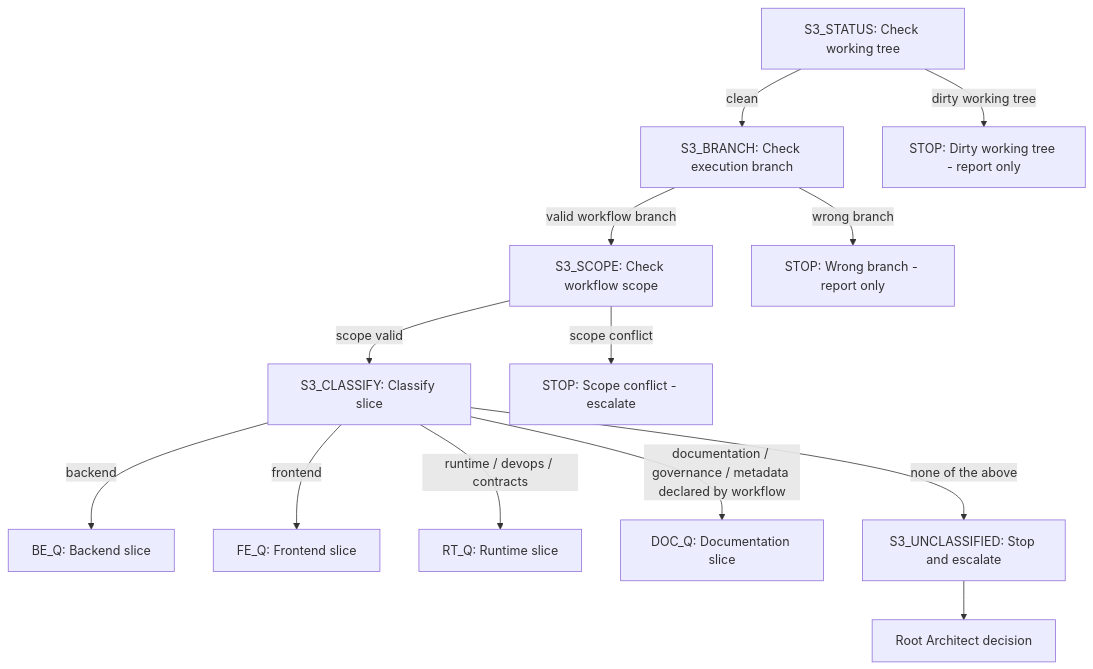
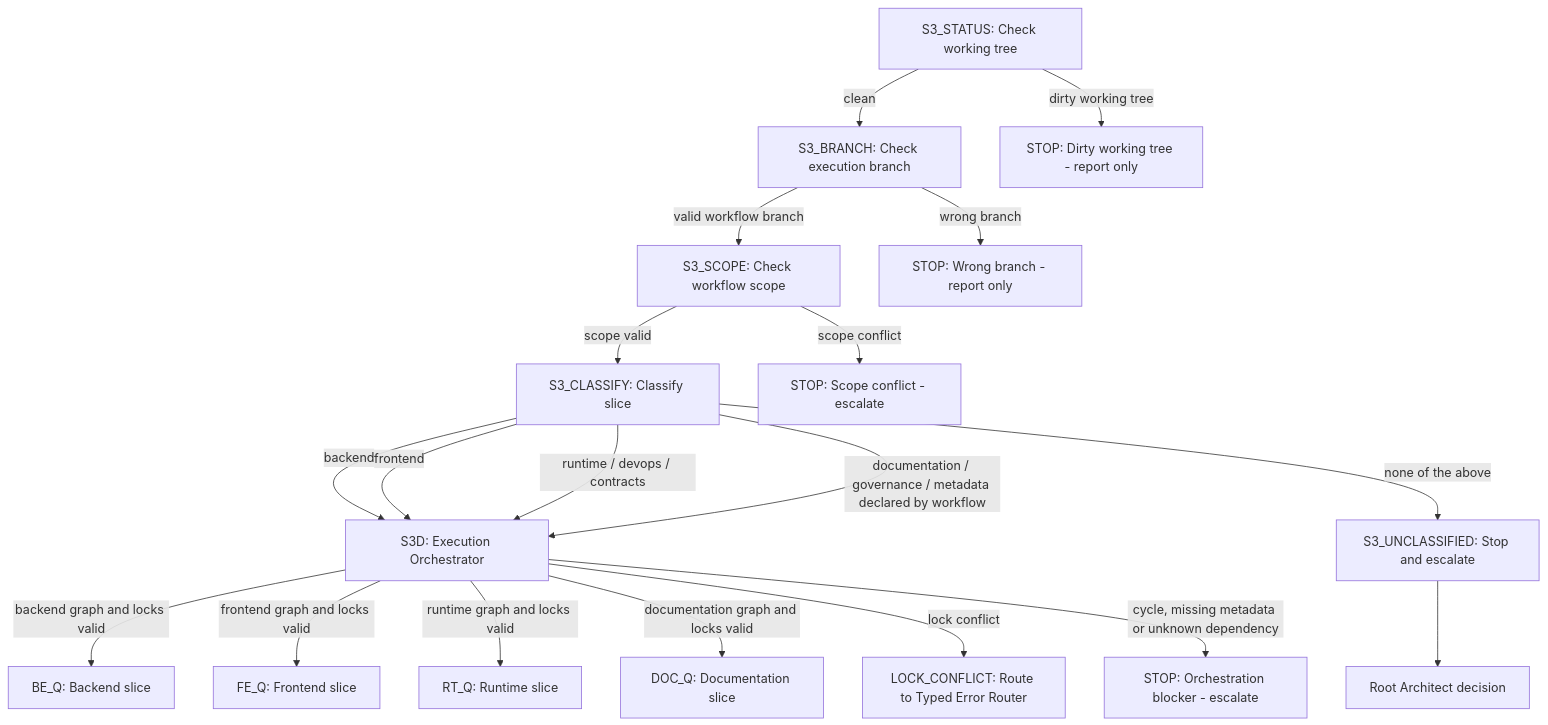
The first of 2 diagrams in docs/process/workflow-execute.md (MatthiasBurger-Coder/forensic_analytics), drawn with Mermaid before and after one commit. The commit also changed other lines of this file and 13 other files, not shown here.

First line of the commit message:
docs(slice-06): define s3d orchestration

````diff
--- a/docs/process/workflow-execute.md
+++ b/docs/process/workflow-execute.md
@@ -21,15 +21,21 @@
 ```mermaid
 flowchart TD
   S3_STATUS["S3_STATUS: Check working tree"] -->|clean| S3_BRANCH["S3_BRANCH: Check execution branch"]
   S3_STATUS -->|dirty working tree| S3_STOP_STATUS["STOP: Dirty working tree - report only"]
   S3_BRANCH -->|valid workflow branch| S3_SCOPE["S3_SCOPE: Check workflow scope"]
   S3_BRANCH -->|wrong branch| S3_STOP_BRANCH["STOP: Wrong branch - report only"]
   S3_SCOPE -->|scope valid| S3_CLASSIFY["S3_CLASSIFY: Classify slice"]
   S3_SCOPE -->|scope conflict| S3_STOP_SCOPE["STOP: Scope conflict - escalate"]
-  S3_CLASSIFY -->|backend| BE_Q["BE_Q: Backend slice"]
-  S3_CLASSIFY -->|frontend| FE_Q["FE_Q: Frontend slice"]
-  S3_CLASSIFY -->|runtime / devops / contracts| RT_Q["RT_Q: Runtime slice"]
-  S3_CLASSIFY -->|documentation / governance / metadata declared by workflow| DOC_Q["DOC_Q: Documentation slice"]
+  S3_CLASSIFY -->|backend| S3D["S3D: Execution Orchestrator"]
+  S3_CLASSIFY -->|frontend| S3D
+  S3_CLASSIFY -->|runtime / devops / contracts| S3D
+  S3_CLASSIFY -->|documentation / governance / metadata declared by workflow| S3D
   S3_CLASSIFY -->|none of the above| S3_UNCLASSIFIED["S3_UNCLASSIFIED: Stop and escalate"]
   S3_UNCLASSIFIED --> ROOT_ARCHITECT["Root Architect decision"]
+  S3D -->|backend graph and locks valid| BE_Q["BE_Q: Backend slice"]
+  S3D -->|frontend graph and locks valid| FE_Q["FE_Q: Frontend slice"]
+  S3D -->|runtime graph and locks valid| RT_Q["RT_Q: Runtime slice"]
+  S3D -->|documentation graph and locks valid| DOC_Q["DOC_Q: Documentation slice"]
+  S3D -->|lock conflict| S3D_LOCK_CONFLICT["LOCK_CONFLICT: Route to Typed Error Router"]
+  S3D -->|cycle, missing metadata or unknown dependency| S3D_STOP["STOP: Orchestration blocker - escalate"]
 ```
````
